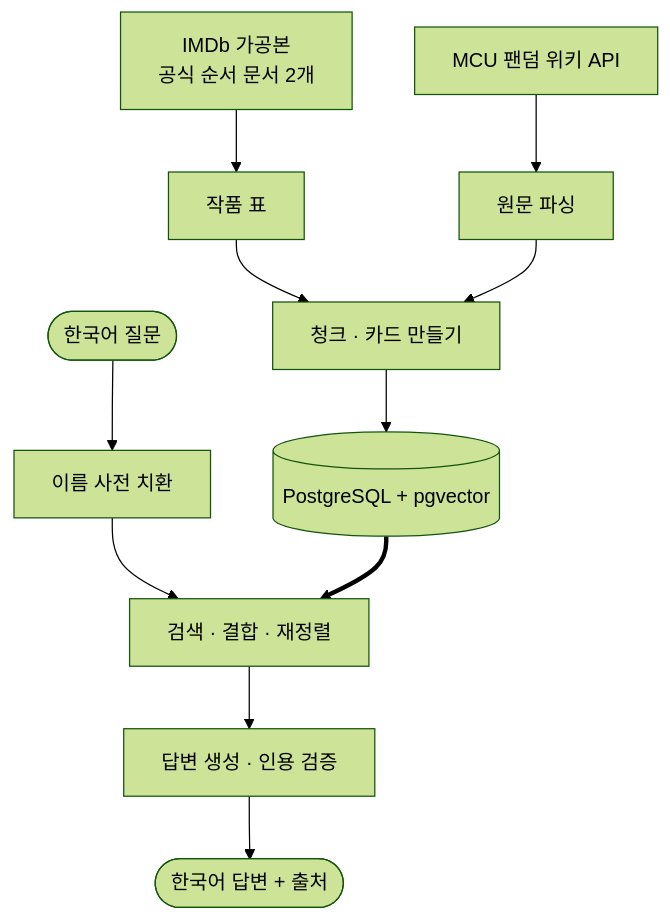
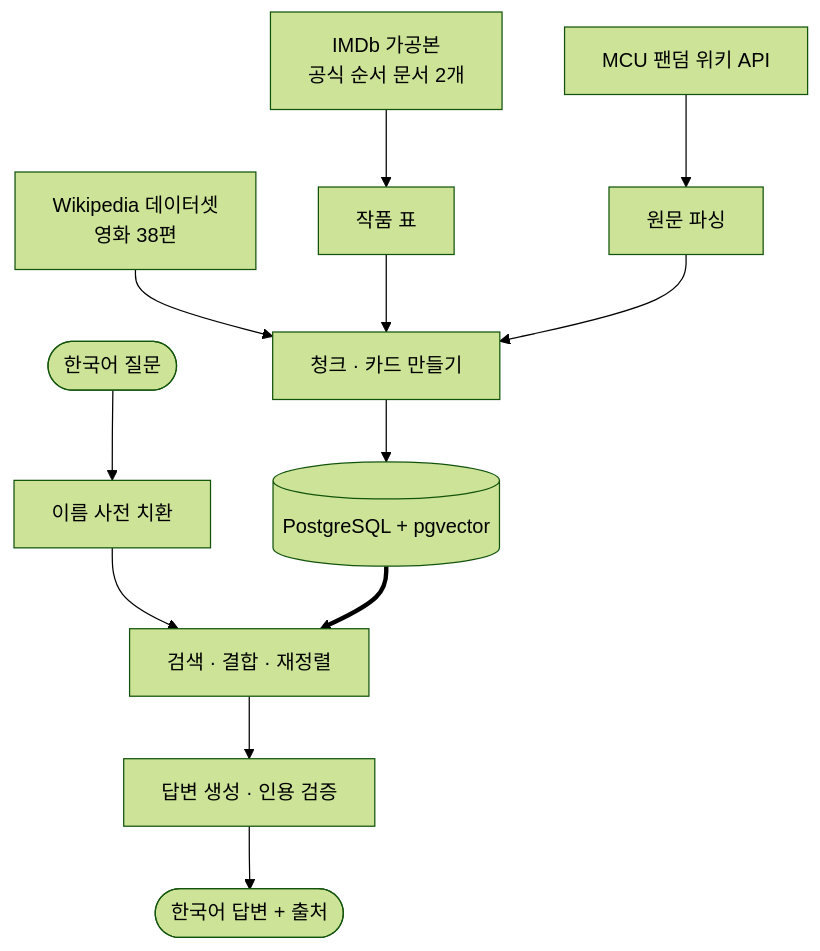
Before and after one commit to 766min/ax-rag-cinema: the first of 5 diagrams in docs/architecture.md, drawn with Mermaid (forest theme). The commit also changed other lines of this file, not shown here.

Commit message:
docs: 아키텍쳐 위키피디아 데이터셋  추가, 증분 적재

````diff
--- a/docs/architecture.md
+++ b/docs/architecture.md
@@ -13,13 +13,14 @@
 ```mermaid
 flowchart TB
   S1["IMDb 가공본<br/>공식 순서 문서 2개"] --> W["작품 표"]
   S2["MCU 팬덤 위키 API"] --> P["원문 파싱"]
+  S3["Wikipedia 데이터셋<br/>영화 38편"] --> C
   W --> C["청크 · 카드 만들기"]
   P --> C
   C --> DB[("PostgreSQL + pgvector")]
   Q(["한국어 질문"]) --> N["이름 사전 치환"]
   N --> R["검색 · 결합 · 재정렬"]
   DB ==> R
   R --> G["답변 생성 · 인용 검증"]
   G --> A(["한국어 답변 + 출처"])
 ```
````
